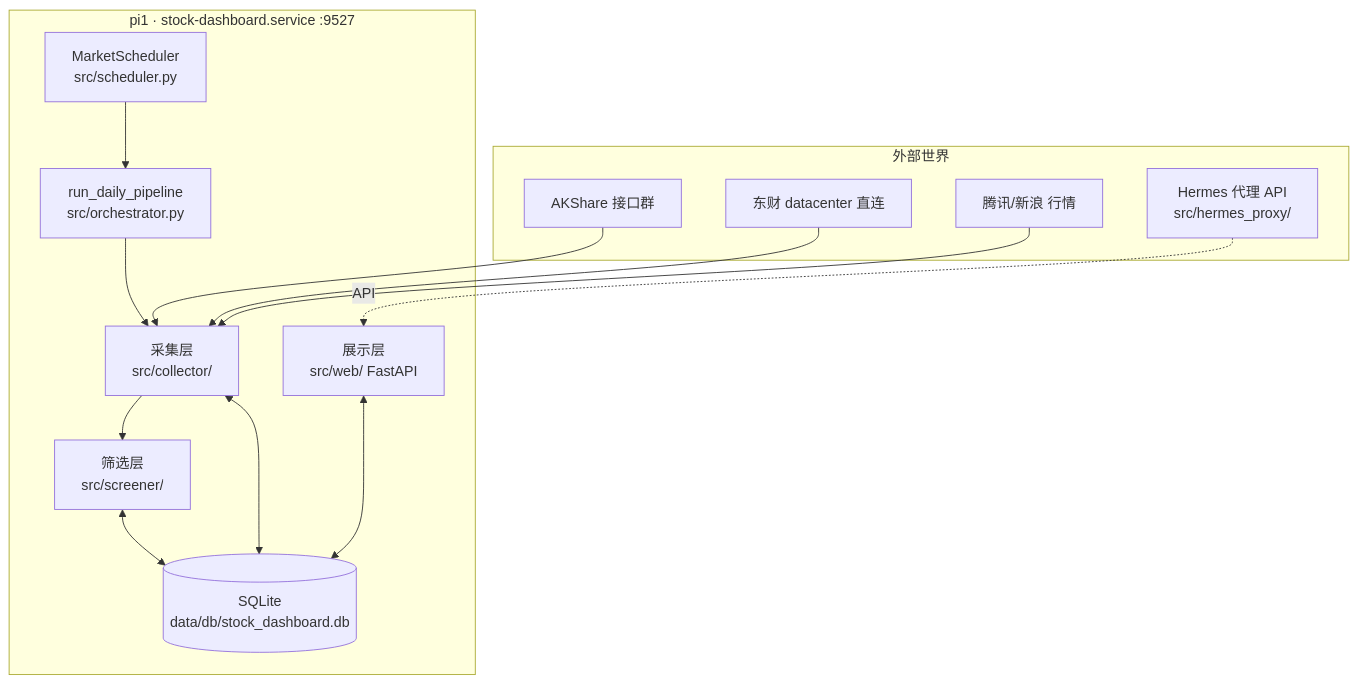
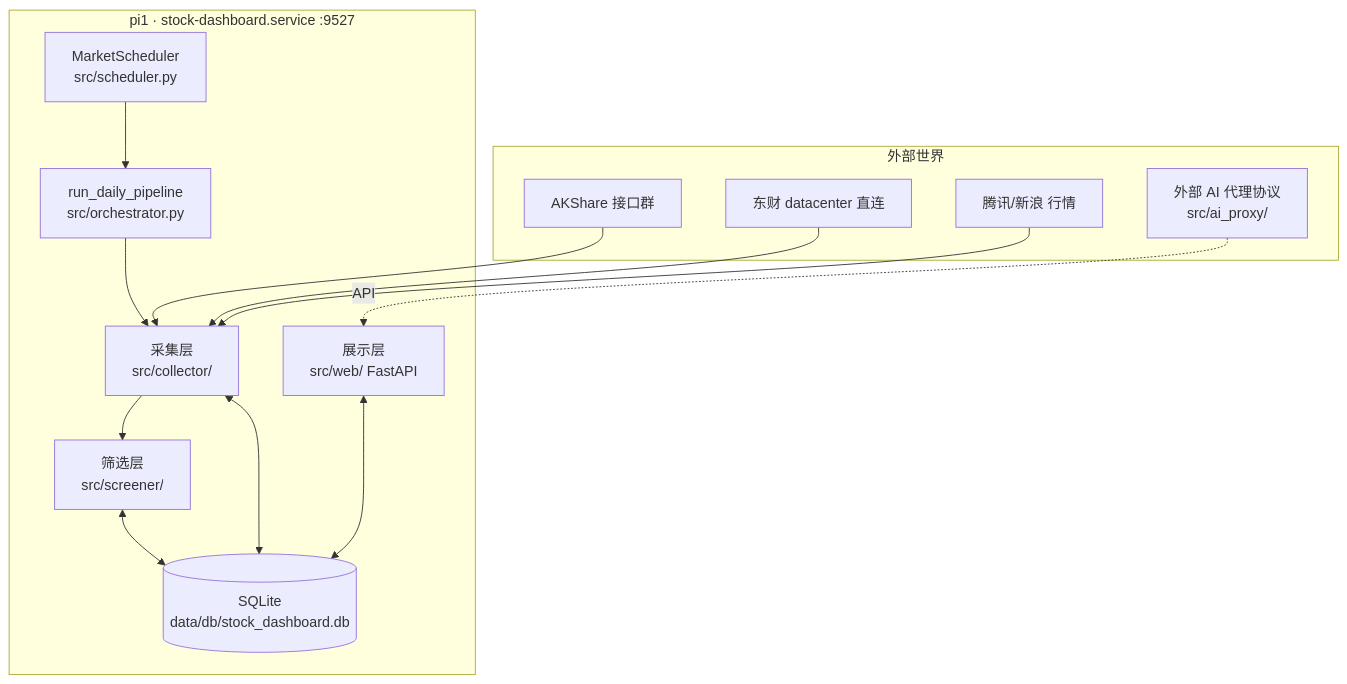
Before and after one commit to oldfunk/stock-dashboard: the first of 2 diagrams in docs/architecture.md, drawn with Mermaid. The commit also changed other lines of this file and 20 other files, not shown here.

````diff
--- a/docs/architecture.md
+++ b/docs/architecture.md
@@ -8,28 +8,28 @@
 ```mermaid
 flowchart TB
     subgraph EXT[外部世界]
         AK[AKShare 接口群]
         EM[东财 datacenter 直连]
         TX[腾讯/新浪 行情]
-        HP[Hermes 代理 API<br/>src/hermes_proxy/]
+        HP[外部 AI 代理协议<br/>src/ai_proxy/]
     end
 
     subgraph PI[pi1 · stock-dashboard.service :9527]
         SCH[MarketScheduler<br/>src/scheduler.py]
         ORCH[run_daily_pipeline<br/>src/orchestrator.py]
         COL[采集层<br/>src/collector/]
         SCR[筛选层<br/>src/screener/]
         WEB[展示层<br/>src/web/ FastAPI]
         DB[(SQLite<br/>data/db/stock_dashboard.db)]
     end
 
     AK --> COL
     EM --> COL
     TX --> COL
     HP -.API.-> WEB
     SCH --> ORCH
     ORCH --> COL --> SCR
     COL <--> DB
     SCR <--> DB
     WEB <--> DB
 ```
````
